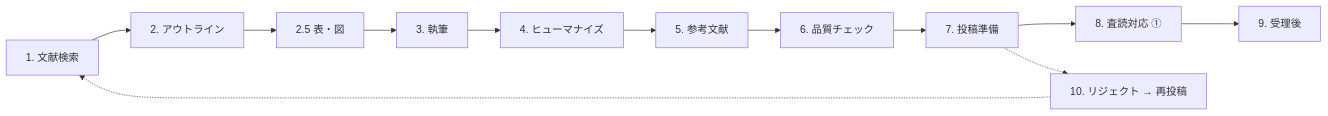
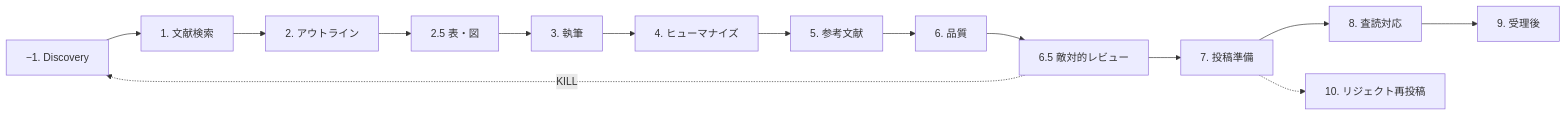
One commit to seikaikyo/dash-skills changed the diagram in external/paper-writer-skill/README.ja.md. Above: the diagram before and after it, drawn with Mermaid. The commit also changed other lines of this file and 36 other files, not shown here.

````diff
--- a/external/paper-writer-skill/README.ja.md
+++ b/external/paper-writer-skill/README.ja.md
@@ -13,14 +45,16 @@
 ```mermaid
 graph LR
-    P1[1. 文献検索] --> P2[2. アウトライン]
+    P0["−1. Discovery"] --> P1[1. 文献検索]
+    P1 --> P2[2. アウトライン]
     P2 --> P25[2.5 表・図]
     P25 --> P3[3. 執筆]
     P3 --> P4[4. ヒューマナイズ]
     P4 --> P5[5. 参考文献]
-    P5 --> P6[6. 品質チェック]
-    P6 --> P7[7. 投稿準備]
-    P7 --> P8["8. 査読対応 ①"]
-    P8 --> P9["9. 受理後"]
-    P7 -.-> P10["10. リジェクト → 再投稿"]
-    P10 -.-> P1
+    P5 --> P6[6. 品質]
+    P6 --> P65["6.5 敵対的レビュー"]
+    P65 --> P7[7. 投稿準備]
+    P65 -.->|KILL| P0
+    P7 --> P8[8. 査読対応]
+    P8 --> P9[9. 受理後]
+    P7 -.-> P10[10. リジェクト再投稿]
 ```
````
